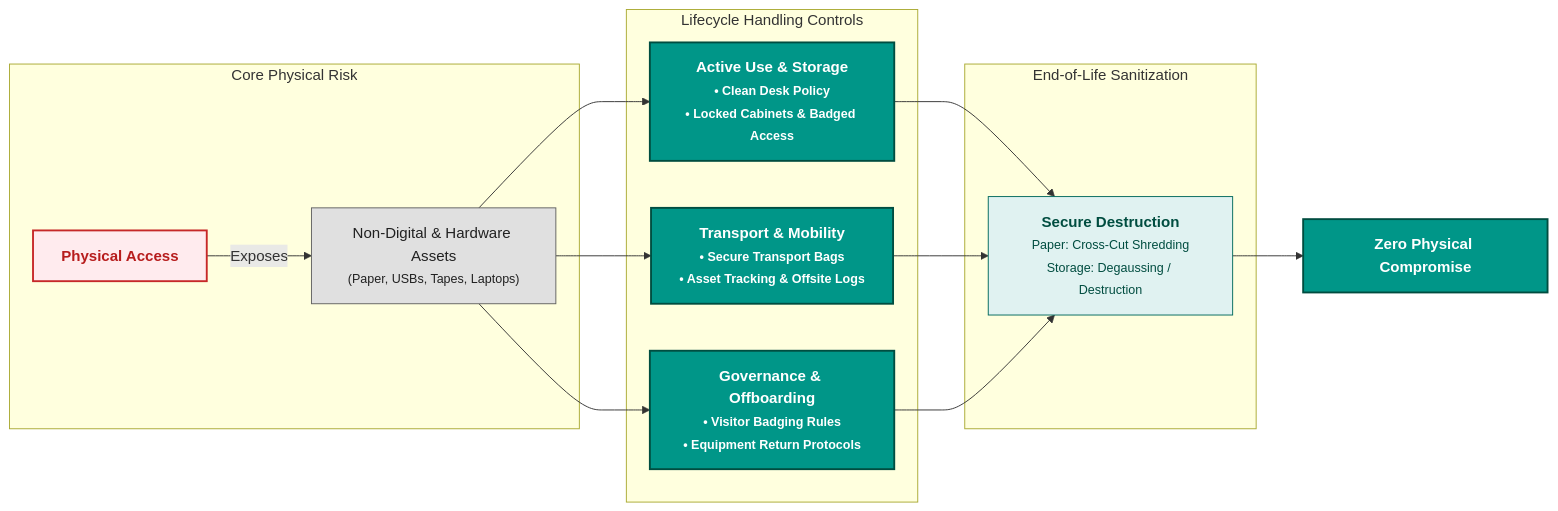
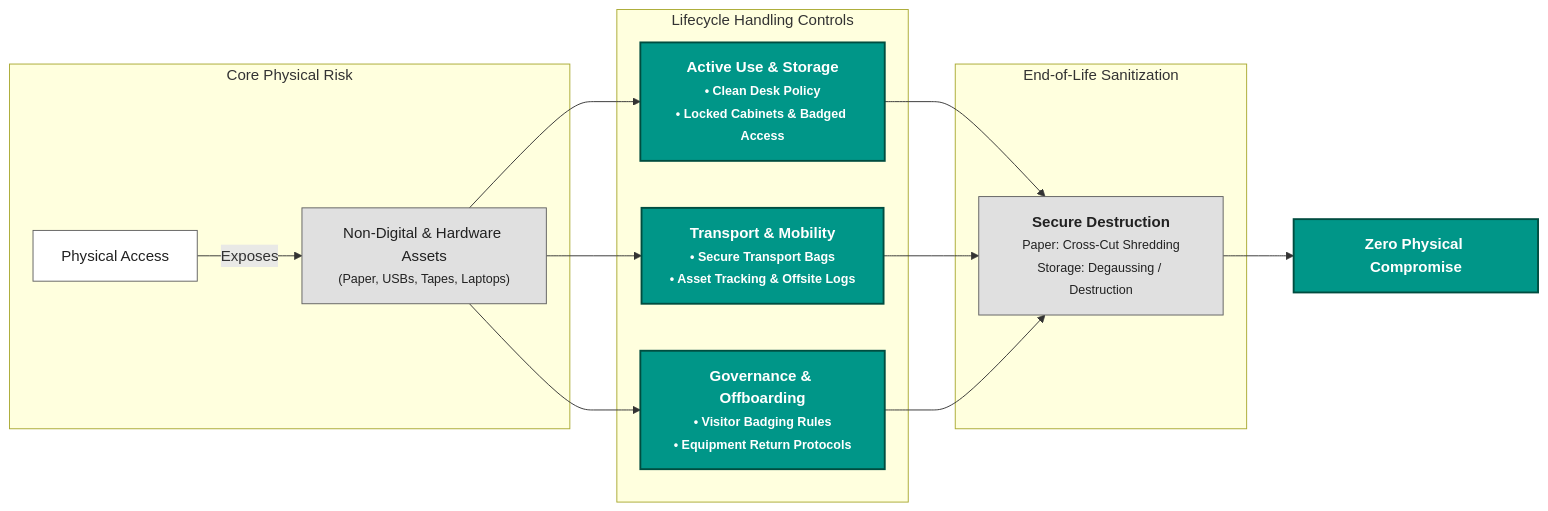
Before and after one commit to lorenzoleonelli/CISSP-Zero-to-Hero: the first of 2 diagrams in DOMAIN2 - Asset Security/2.2 Establish information and asset handling requirements.md, drawn with Mermaid.

Commit message:
LL 2026-11-7:17:31:42

````diff
--- a/DOMAIN2 - Asset Security/2.2 Establish information and asset handling requirements.md
+++ b/DOMAIN2 - Asset Security/2.2 Establish information and asset handling requirements.md
@@ -8,30 +8,29 @@
 ```mermaid
 graph LR
     classDef tealStyle fill:#009688,color:#ffffff,stroke:#004d40,stroke-width:2px,font-weight:bold;
     classDef grayStyle fill:#e0e0e0,color:#212121,stroke:#616161,stroke-width:1px;
-    classDef alertStyle fill:#ffebee,color:#b71c1c,stroke:#c62828,stroke-width:2px,font-weight:bold;
-    classDef successStyle fill:#e0f2f1,color:#004d40,stroke:#00695c,stroke-width:1px;
+    classDef whiteStyle fill:#ffffff,color:#212121,stroke:#616161,stroke-width:1px;
 
-    subgraph Risk ["Core Physical Risk"]
+    subgraph Risk [" Core Physical Risk"]
         A["Physical Access"] -->|Exposes| B["Non-Digital & Hardware Assets<br/><small>(Paper, USBs, Tapes, Laptops)</small>"]
     end
 
-    subgraph Controls ["Lifecycle Handling Controls"]
+    subgraph Controls [" Lifecycle Handling Controls"]
         B --> C["<b>Active Use & Storage</b><br/><small>• Clean Desk Policy<br/>• Locked Cabinets & Badged Access</small>"]
         B --> D["<b>Transport & Mobility</b><br/><small>• Secure Transport Bags<br/>• Asset Tracking & Offsite Logs</small>"]
         B --> E["<b>Governance & Offboarding</b><br/><small>• Visitor Badging Rules<br/>• Equipment Return Protocols</small>"]
     end
 
-    subgraph Disposal ["End-of-Life Sanitization"]
+    subgraph Disposal [" End-of-Life Sanitization"]
         C --> F["<b>Secure Destruction</b><br/><small>Paper: Cross-Cut Shredding<br/>Storage: Degaussing / Destruction</small>"]
         D --> F
         E --> F
     end
 
     F --> G["<b>Zero Physical Compromise</b>"]
 
-    class A alertStyle;
+    class A whiteStyle;
     class B grayStyle;
     class C,D,E,G tealStyle;
-    class F successStyle;
+    class F grayStyle;
 ```
````
